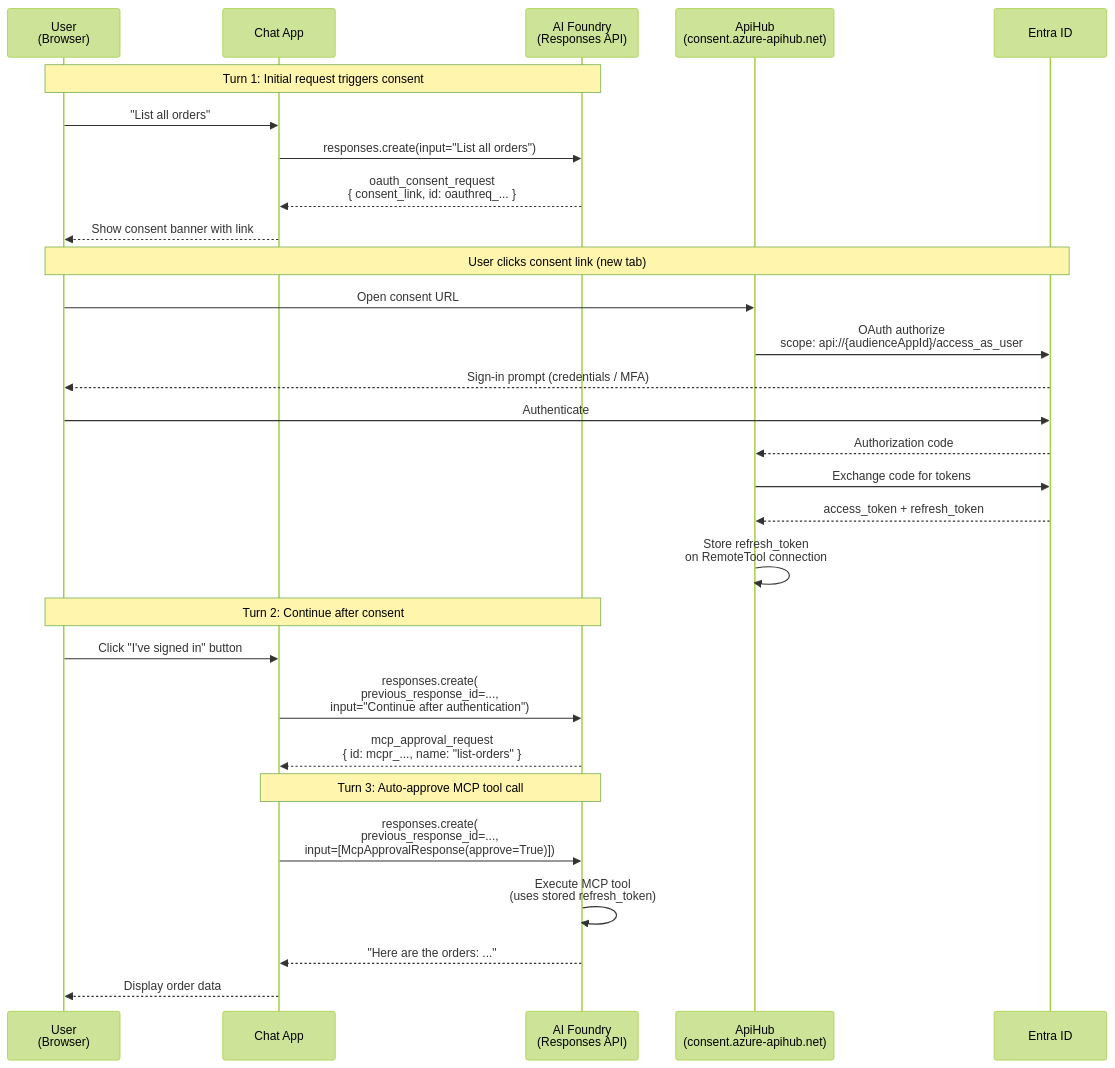
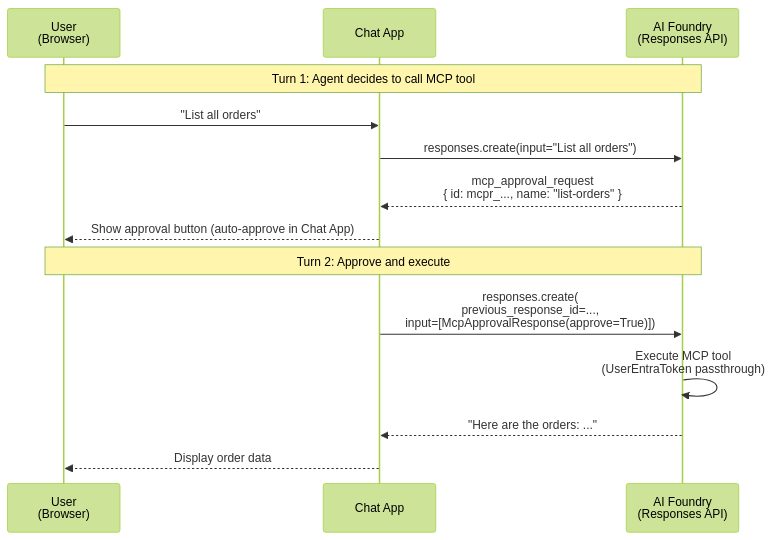
The sixth of 7 diagrams in docs/identity-security.md (ozgurkarahan/propagate-id-entra), drawn with Mermaid (forest theme) before and after one commit. The commit also changed other lines of this file and 21 other files, not shown here.

First line of the commit message:
Replace ApiHub OAuth2 with UserEntraToken connection

````diff
--- a/docs/identity-security.md
+++ b/docs/identity-security.md
@@ -315,35 +314,18 @@
 ```mermaid
 sequenceDiagram
     participant User as User<br/>(Browser)
     participant Chat as Chat App
     participant Foundry as AI Foundry<br/>(Responses API)
-    participant ApiHub as ApiHub<br/>(consent.azure-apihub.net)
-    participant Entra as Entra ID
 
-    Note over User,Foundry: Turn 1: Initial request triggers consent
+    Note over User,Foundry: Turn 1: Agent decides to call MCP tool
     User->>Chat: "List all orders"
     Chat->>Foundry: responses.create(input="List all orders")
-    Foundry-->>Chat: oauth_consent_request<br/>{ consent_link, id: oauthreq_... }
-    Chat-->>User: Show consent banner with link
+    Foundry-->>Chat: mcp_approval_request<br/>{ id: mcpr_..., name: "list-orders" }
+    Chat-->>User: Show approval button (auto-approve in Chat App)
 
-    Note over User,Entra: User clicks consent link (new tab)
-    User->>ApiHub: Open consent URL
-    ApiHub->>Entra: OAuth authorize<br/>scope: api://{audienceAppId}/access_as_user
-    Entra-->>User: Sign-in prompt (credentials / MFA)
-    User->>Entra: Authenticate
-    Entra-->>ApiHub: Authorization code
-    ApiHub->>Entra: Exchange code for tokens
-    Entra-->>ApiHub: access_token + refresh_token
-    ApiHub->>ApiHub: Store refresh_token<br/>on RemoteTool connection
-
-    Note over User,Foundry: Turn 2: Continue after consent
-    User->>Chat: Click "I've signed in" button
-    Chat->>Foundry: responses.create(<br/>  previous_response_id=...,<br/>  input="Continue after authentication")
-    Foundry-->>Chat: mcp_approval_request<br/>{ id: mcpr_..., name: "list-orders" }
-
-    Note over Chat,Foundry: Turn 3: Auto-approve MCP tool call
+    Note over User,Foundry: Turn 2: Approve and execute
     Chat->>Foundry: responses.create(<br/>  previous_response_id=...,<br/>  input=[McpApprovalResponse(approve=True)])
-    Foundry->>Foundry: Execute MCP tool<br/>(uses stored refresh_token)
+    Foundry->>Foundry: Execute MCP tool<br/>(UserEntraToken passthrough)
     Foundry-->>Chat: "Here are the orders: ..."
     Chat-->>User: Display order data
 ```
````
